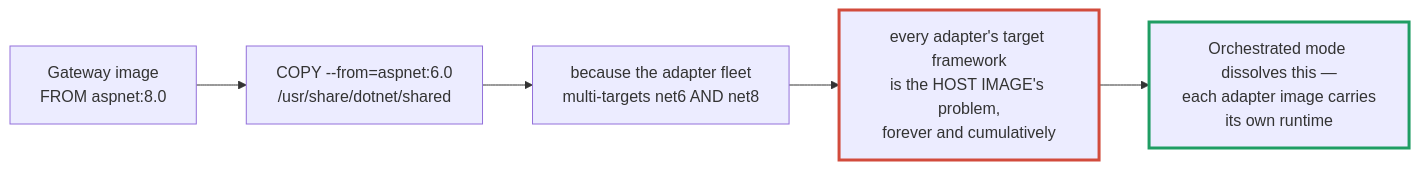
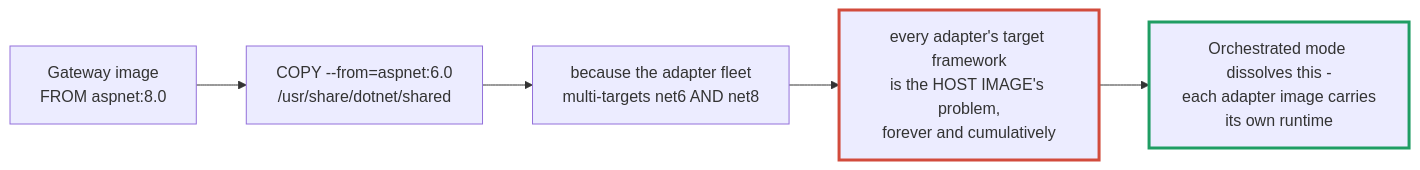
One commit to simplify9/Bitween-api changed diagram 27 of 34 in docs/design/resident-adapters-design.md. Above: the diagram before and after it, drawn with Mermaid. The commit also changed other lines of this file and 768 other files, not shown here.

````diff
--- a/docs/design/resident-adapters-design.md
+++ b/docs/design/resident-adapters-design.md
@@ -1314,11 +1314,11 @@
 ```mermaid
 flowchart LR
     IMG["Gateway image<br/>FROM aspnet:8.0"]
     COPY["COPY --from=aspnet:6.0<br/>/usr/share/dotnet/shared"]
     IMG --> COPY
     COPY --> WHY["because the adapter fleet<br/>multi-targets net6 AND net8"]
     WHY --> PROB["every adapter's target framework<br/>is the HOST IMAGE's problem,<br/>forever and cumulatively"]
-    PROB --> FIX["Orchestrated mode dissolves this —<br/>each adapter image carries<br/>its own runtime"]
+    PROB --> FIX["Orchestrated mode dissolves this -<br/>each adapter image carries<br/>its own runtime"]
     style PROB stroke:#d24b3c,stroke-width:3px
     style FIX stroke:#1f9d63,stroke-width:3px
 ```
````
